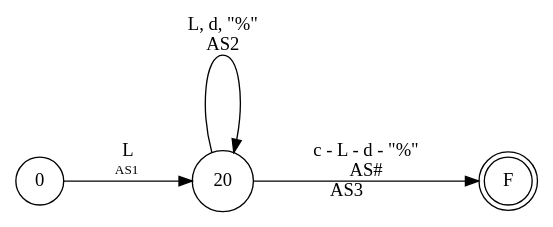
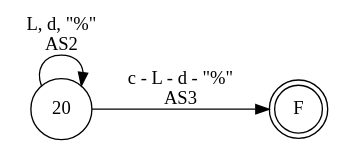
Before and after one commit to iroumec/RouVel-Compiler: the diagram in resources/FA/FADiagrams/identifier.dot, drawn with Graphviz. The commit also changed 12 other files, not shown here.

Commit message:
Improvements in Diagrams

```diff
--- a/resources/FA/FADiagrams/identifier.dot
+++ b/resources/FA/FADiagrams/identifier.dot
@@ -1,24 +1,8 @@
 digraph DFA {
-    splines = true;
-    overlap = false;
-    nodesep = 1;
-    ranksep = 1;
     rankdir = LR;
-    // layout de izquierda a derecha
-    
     node [shape = circle;];
-    
-    // Estado de aceptación.
     F [shape = doublecircle;];
     
-    
-    // 0 -> 21 [label = "L"; headlabel = "AS1";];
     20 -> 20 [label = "L, d, \"%\" \nAS2";];
-    20 -> F [label = "c - L - d - \"%\" \n AS#"; xlabel = "AS3";];
-    
-    // Esto es solo de prueba.
-    // 0 -> 21 [label = "L"; headlabel = "AS1"; labelangle = 60; labeldistance = 2;];
-    
-    
-    0 -> 20 [label = <<TABLE BORDER="0" CELLBORDER="0" CELLPADDING="0"><TR><TD>L</TD></TR><TR><TD><FONT POINT-SIZE="10">AS1</FONT></TD></TR></TABLE>>;];
+    20 -> F [label = "c - L - d - \"%\" \n AS3";];
 }
```
